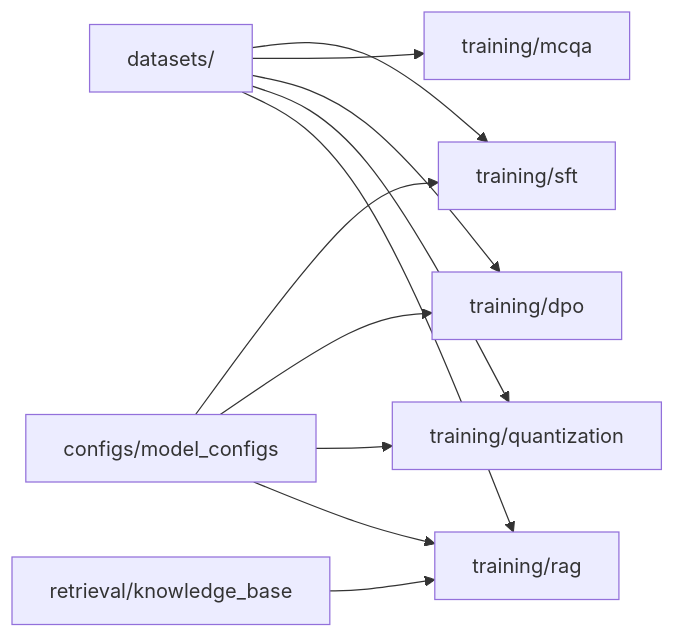
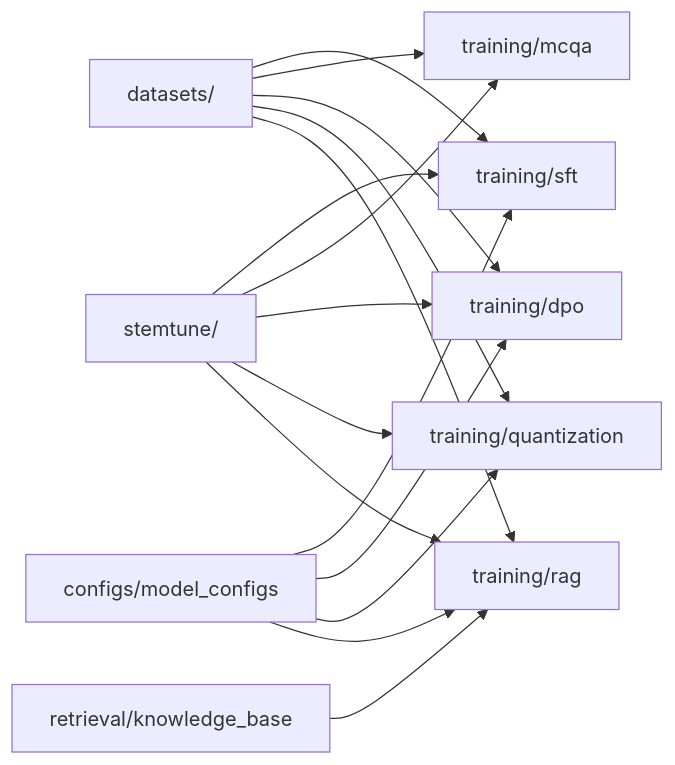
Before and after one commit to EmaRimoldi/llm-post-training-recipes: the first of 2 diagrams in README.md, drawn with Mermaid. The commit also changed other lines of this file and 6 other files, not shown here.

````diff
--- a/README.md
+++ b/README.md
@@ -39,13 +81,18 @@
 ```mermaid
 flowchart LR
     A["datasets/"] --> B["training/sft"]
     A --> C["training/mcqa"]
     A --> D["training/dpo"]
     A --> E["training/quantization"]
     A --> F["training/rag"]
+    S["stemtune/"] --> B
+    S --> C
+    S --> D
+    S --> E
+    S --> F
     G["retrieval/knowledge_base"] --> F
     H["configs/model_configs"] --> B
     H --> D
     H --> E
     H --> F
 ```
````
